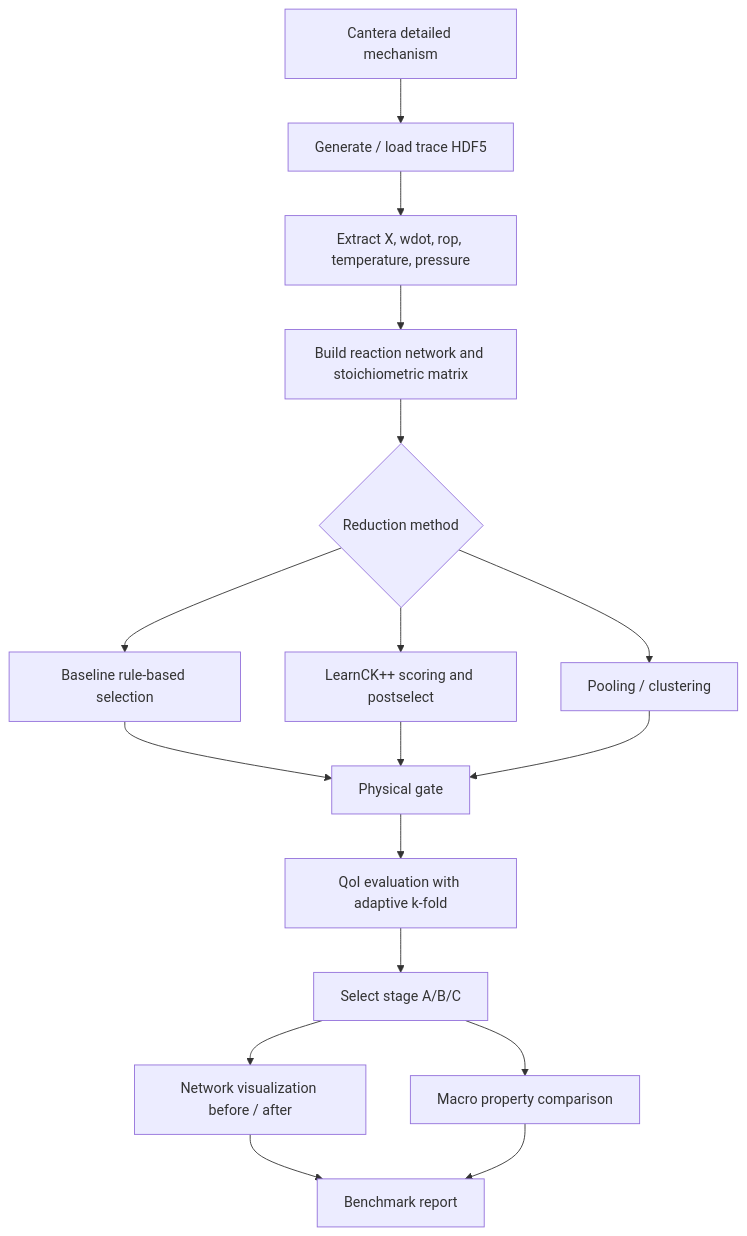
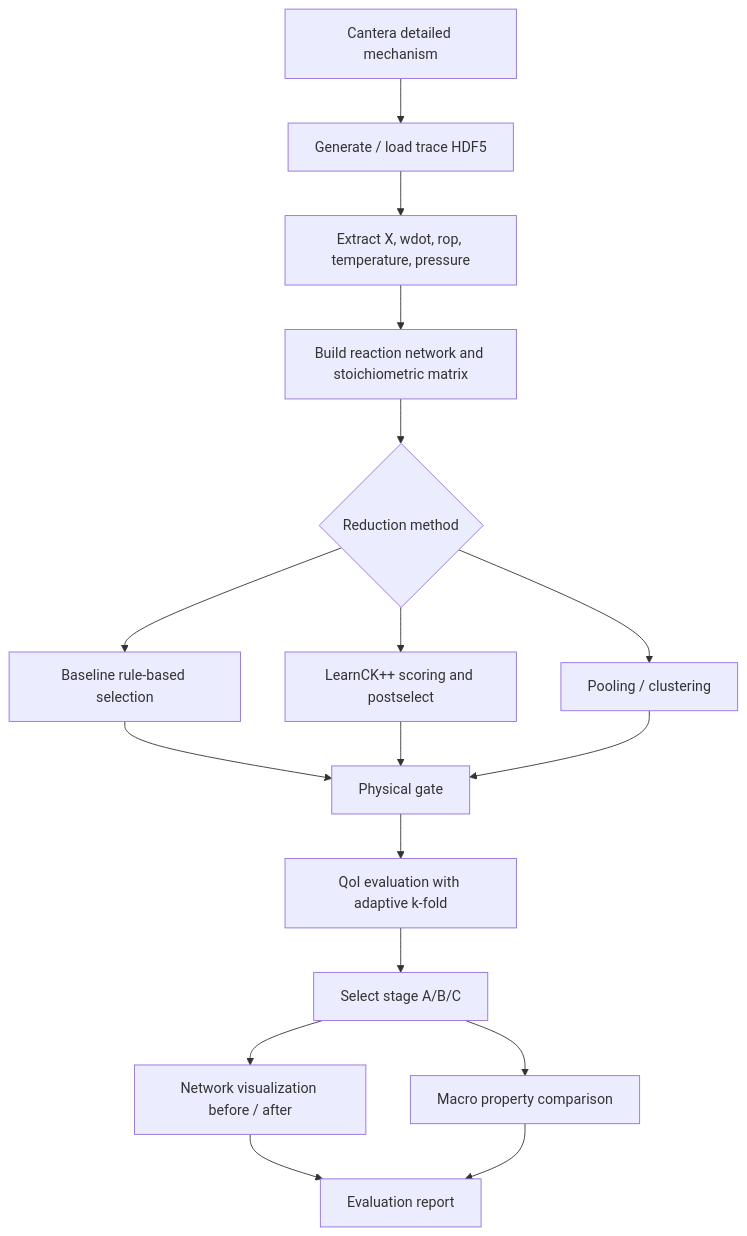
Before and after one commit to dkawa2523/cantera_rxn: the second of 3 diagrams in report.md, drawn with Mermaid. The commit also changed other lines of this file and 1641 other files, not shown here.

Commit message:
Polish reduction report and evaluation assets

````diff
--- a/report.md
+++ b/report.md
@@ -298,19 +348,19 @@
 ```mermaid
 flowchart TD
     A[Cantera detailed mechanism] --> B[Generate / load trace HDF5]
     B --> C[Extract X, wdot, rop, temperature, pressure]
     C --> D[Build reaction network and stoichiometric matrix]
     D --> E{Reduction method}
     E --> F[Baseline rule-based selection]
     E --> G[LearnCK++ scoring and postselect]
     E --> H[Pooling / clustering]
     F --> I[Physical gate]
     G --> I
     H --> I
     I --> J[QoI evaluation with adaptive k-fold]
     J --> K[Select stage A/B/C]
     K --> L[Network visualization before / after]
     K --> M[Macro property comparison]
-    L --> N[Benchmark report]
+    L --> N[Evaluation report]
     M --> N
 ```
````
